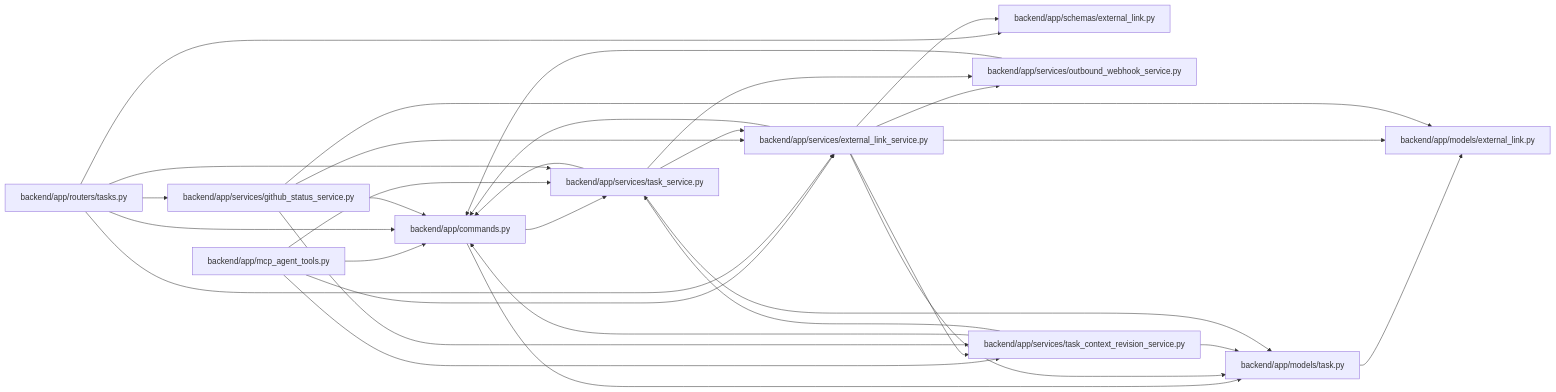
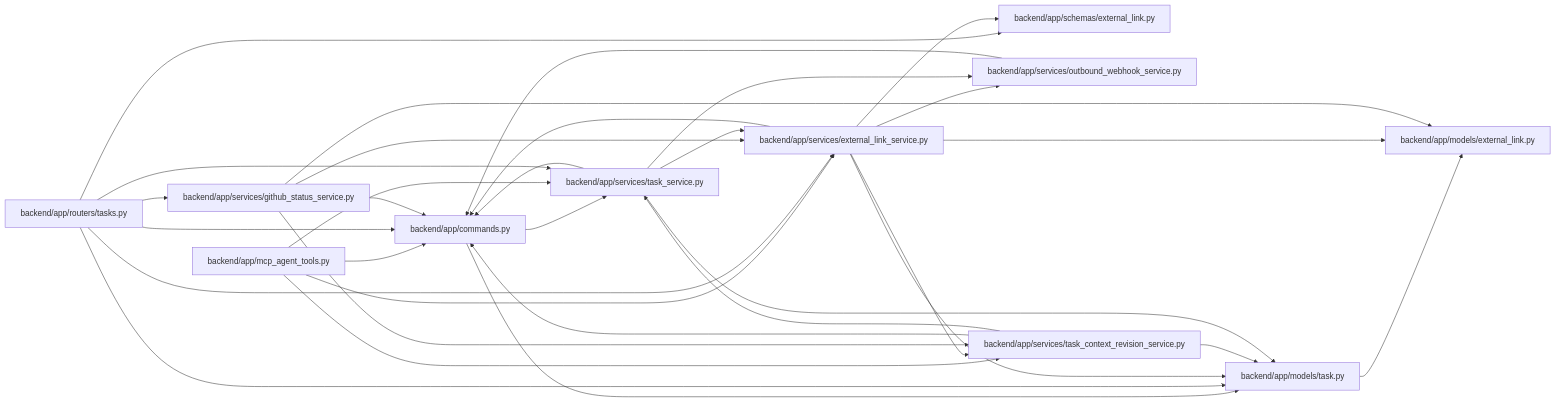
Before and after one commit to Denissvgn/WorkChord: the diagram in docs/llm_wiki/modules/external_link_service.md, drawn with Mermaid. The commit also changed 1238 other files, not shown here.

First line of the commit message:
docs(wiki): publish compact canonical domain architecture

````diff
--- a/docs/llm_wiki/modules/external_link_service.md
+++ b/docs/llm_wiki/modules/external_link_service.md
@@ -28,55 +28,56 @@
 ```mermaid
 flowchart LR
     n0["backend/app/commands.py"]
     n1["backend/app/mcp_agent_tools.py"]
     n2["backend/app/models/external_link.py"]
     n3["backend/app/models/task.py"]
     n4["backend/app/routers/tasks.py"]
     n5["backend/app/schemas/external_link.py"]
     n6["backend/app/services/external_link_service.py"]
     n7["backend/app/services/github_status_service.py"]
     n8["backend/app/services/outbound_webhook_service.py"]
     n9["backend/app/services/task_context_revision_service.py"]
     n10["backend/app/services/task_service.py"]
     n0 --> n3
     n0 --> n10
     n1 --> n0
     n1 --> n6
     n1 --> n9
     n1 --> n10
     n3 --> n2
     n4 --> n0
+    n4 --> n3
     n4 --> n5
     n4 --> n6
     n4 --> n7
     n4 --> n10
     n6 --> n0
     n6 --> n2
     n6 --> n3
     n6 --> n5
     n6 --> n8
     n6 --> n9
     n7 --> n0
     n7 --> n2
     n7 --> n6
     n7 --> n9
     n8 --> n0
     n9 --> n0
     n9 --> n3
     n9 --> n10
     n10 --> n0
     n10 --> n3
     n10 --> n6
     n10 --> n8
     click n0 "../modules/commands.md"
     click n1 "../modules/mcp_agent_tools.md"
     click n2 "../modules/models_external_link.md"
     click n3 "../modules/models_task.md"
     click n4 "../modules/tasks.md"
     click n5 "../modules/schemas_external_link.md"
     click n6 "../modules/external_link_service.md"
     click n7 "../modules/github_status_service.md"
     click n8 "../modules/outbound_webhook_service.md"
     click n9 "../modules/task_context_revision_service.md"
     click n10 "../modules/task_service.md"
 ```
````
